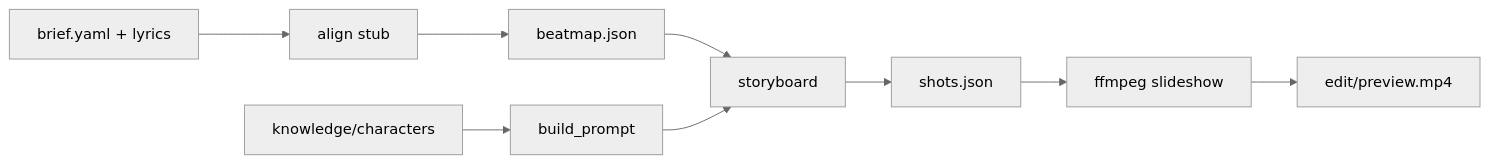
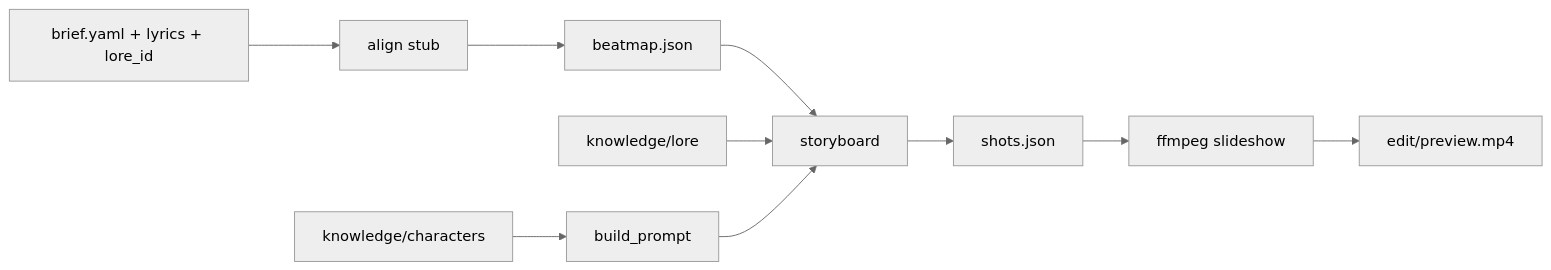
One commit to riversxiao/aigc-mv-pipeline changed the diagram in README.md. Above: the diagram before and after it, drawn with Mermaid (neutral theme). The commit also changed other lines of this file and 12 other files, not shown here.

````diff
--- a/README.md
+++ b/README.md
@@ -22,11 +22,12 @@
 ```mermaid
 flowchart LR
-  Brief[brief.yaml + lyrics] --> Align[align stub]
+  Brief[brief.yaml + lyrics + lore_id] --> Align[align stub]
   Align --> Beatmap[beatmap.json]
   Beatmap --> Story[storyboard]
   Canon[knowledge/characters] --> BuildPrompt[build_prompt]
+  Lore[knowledge/lore] --> Story
   BuildPrompt --> Story
   Story --> Shots[shots.json]
   Shots --> Preview[ffmpeg slideshow]
   Preview --> MP4[edit/preview.mp4]
 ```
````
